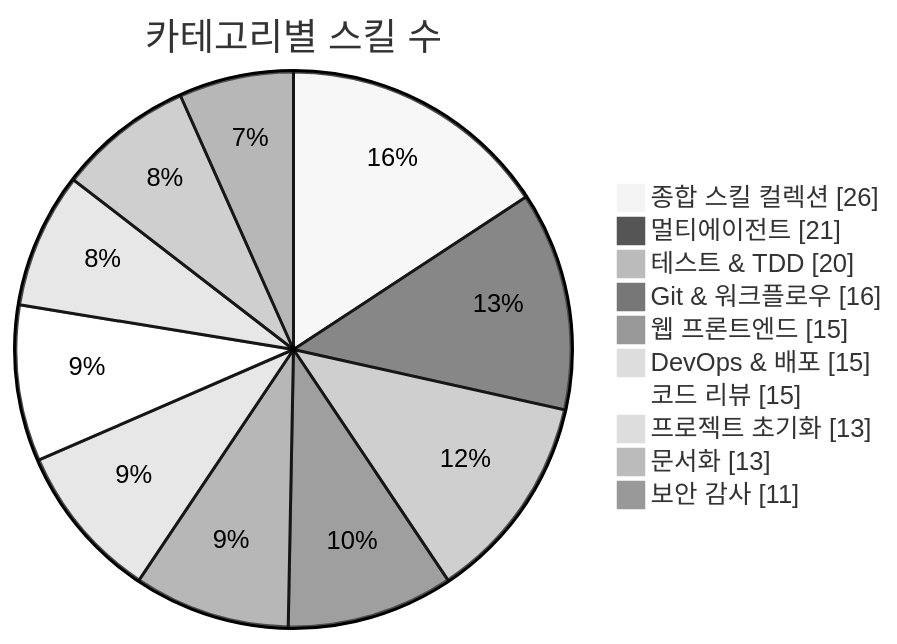
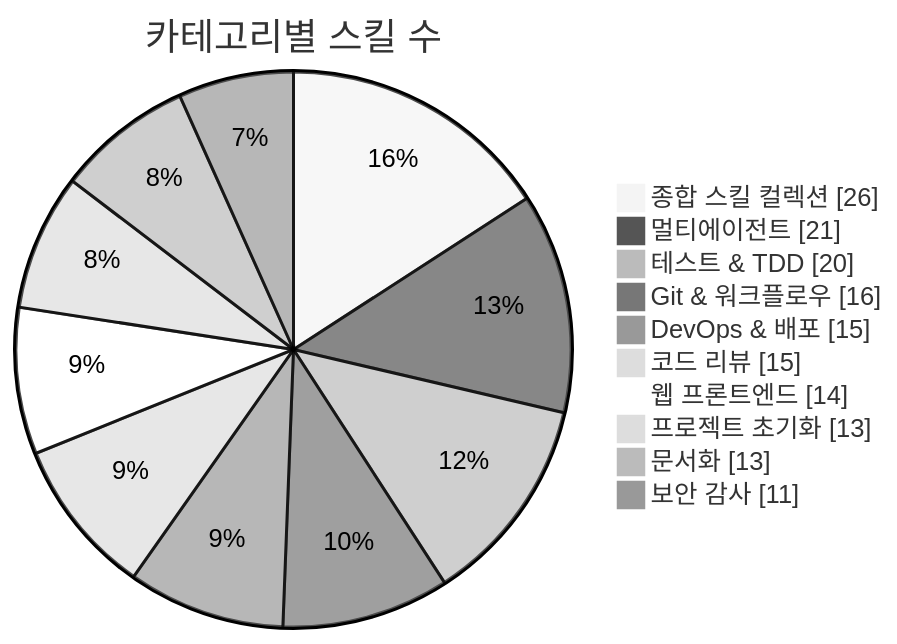
The first of 3 diagrams in README.md (J-nowcow/awesome-korean-agent-skills), drawn with Mermaid (neutral theme) before and after one commit. The commit also changed other lines of this file and 28 other files, not shown here.

````diff
--- a/README.md
+++ b/README.md
@@ -176,14 +176,14 @@
 ```mermaid
 pie showData
     title 카테고리별 스킬 수
     "종합 스킬 컬렉션" : 26
     "멀티에이전트" : 21
     "테스트 & TDD" : 20
     "Git & 워크플로우" : 16
-    "웹 프론트엔드" : 15
     "DevOps & 배포" : 15
     "코드 리뷰" : 15
+    "웹 프론트엔드" : 14
     "프로젝트 초기화" : 13
     "문서화" : 13
     "보안 감사" : 11
 ```
````
